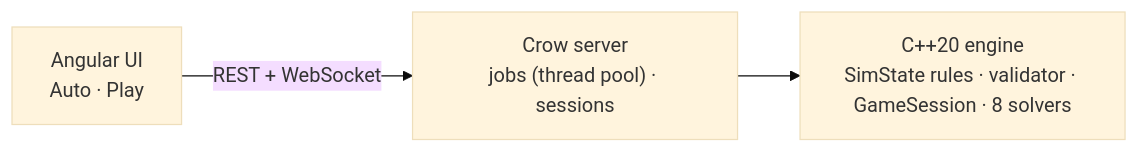
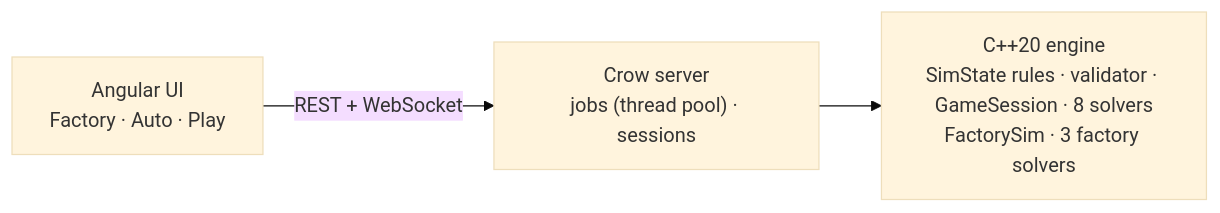
Before and after one commit to XuanGiaHanNguyen/ProcessEngine: the diagram in README.md, drawn with Mermaid (base theme). The commit also changed other lines of this file and 15 other files, not shown here.

````diff
--- a/README.md
+++ b/README.md
@@ -83,5 +113,5 @@
 ```mermaid
 flowchart LR
-  UI["Angular UI<br/>Auto · Play"] -- "REST + WebSocket" --> S["Crow server<br/>jobs (thread pool) · sessions"]
-  S --> E["C++20 engine<br/>SimState rules · validator · GameSession · 8 solvers"]
+  UI["Angular UI<br/>Factory · Auto · Play"] -- "REST + WebSocket" --> S["Crow server<br/>jobs (thread pool) · sessions"]
+  S --> E["C++20 engine<br/>SimState rules · validator · GameSession · 8 solvers<br/>FactorySim · 3 factory solvers"]
 ```
````
